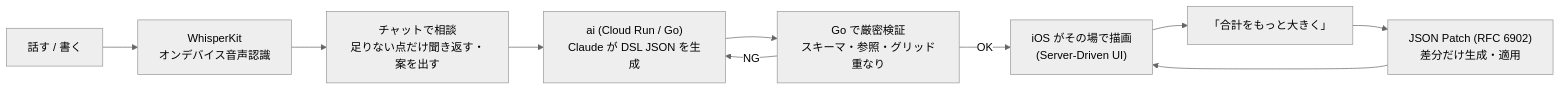
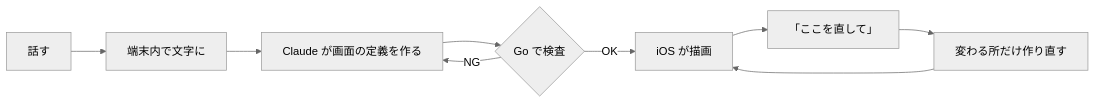
One commit to jphacks/kz_2601 changed the diagram in README.md. Above: the diagram before and after it, drawn with Mermaid (neutral theme). The commit also changed other lines of this file and 1 other file, not shown here.

````diff
--- a/README.md
+++ b/README.md
@@ -69,12 +37,11 @@
 ```mermaid
 flowchart LR
-  U[話す / 書く] --> W["WhisperKit<br/>オンデバイス音声認識"]
-  W --> C["チャットで相談<br/>足りない点だけ聞き返す・案を出す"]
-  C --> AI["ai (Cloud Run / Go)<br/>Claude が DSL JSON を生成"]
-  AI --> V["Go で厳密検証<br/>スキーマ・参照・グリッド重なり"]
+  U[話す] --> W[端末内で文字に]
+  W --> AI[Claude が画面の定義を作る]
+  AI --> V{Go で検査}
   V -- NG --> AI
-  V -- OK --> R["iOS がその場で描画<br/>(Server-Driven UI)"]
-  R --> U2["「合計をもっと大きく」"]
-  U2 --> P["JSON Patch (RFC 6902)<br/>差分だけ生成・適用"]
+  V -- OK --> R[iOS が描画]
+  R --> E[「ここを直して」]
+  E --> P[変わる所だけ作り直す]
   P --> R
 ```
````
